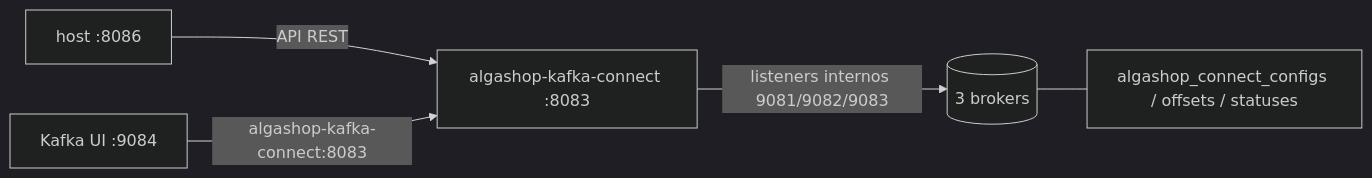
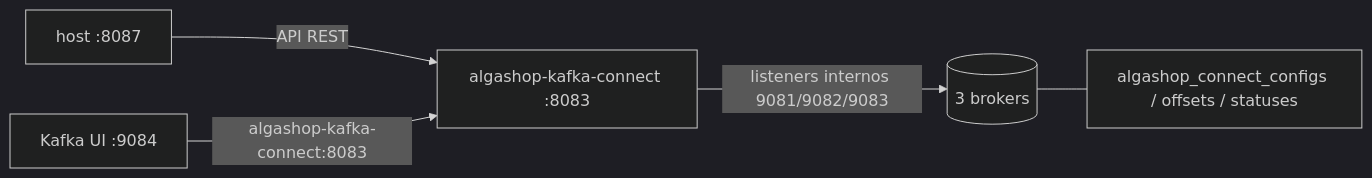
Before and after one commit to gabriel-lima258/algashop-docs: the diagram in 08-relatorios/08-kafka-connect-no-docker-com-debezium.md, drawn with Mermaid (dark theme). The commit also changed other lines of this file and 4 other files, not shown here.

````diff
--- a/08-relatorios/08-kafka-connect-no-docker-com-debezium.md
+++ b/08-relatorios/08-kafka-connect-no-docker-com-debezium.md
@@ -29,7 +29,7 @@
 ```mermaid
 flowchart LR
-    H[host :8086] -->|API REST| C[algashop-kafka-connect :8083]
+    H[host :8087] -->|API REST| C[algashop-kafka-connect :8083]
     UI[Kafka UI :9084] -->|algashop-kafka-connect:8083| C
     C -->|listeners internos 9081/9082/9083| K[(3 brokers)]
     K --- T[algashop_connect_configs / offsets / statuses]
 ```
````
